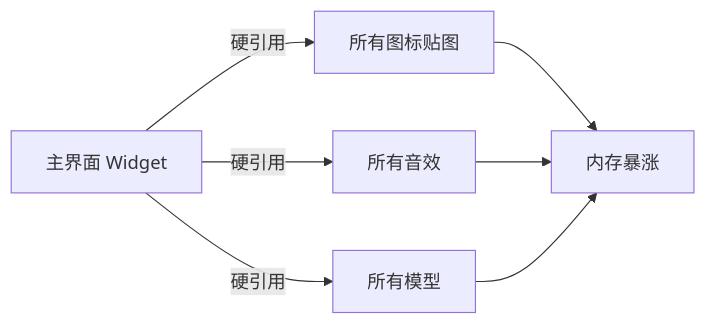
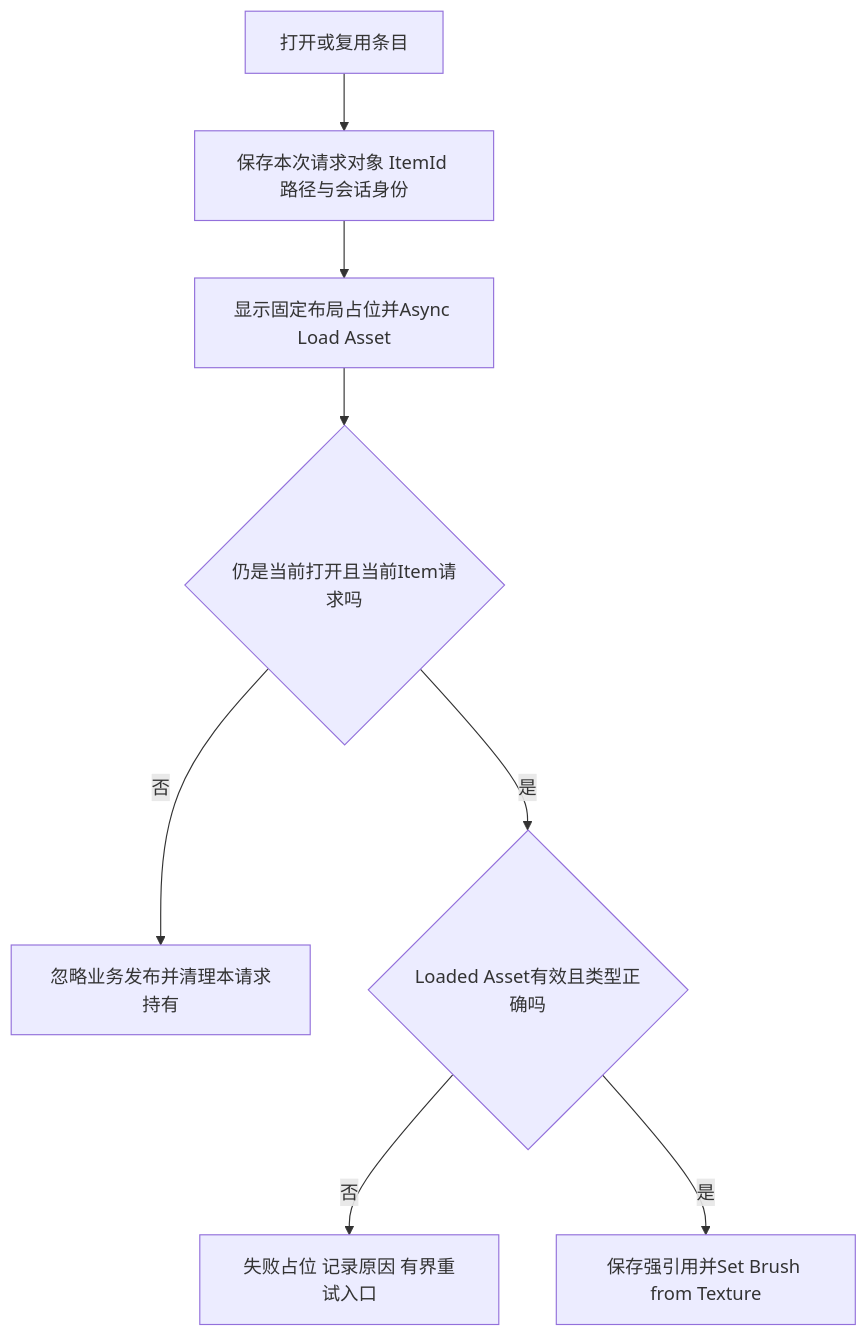
The fifth of 6 diagrams in 知识/08-工程实践与质量/调试与性能分析/04-渲染与加载性能优化.md (fantuan812/learning), drawn with Mermaid before and after one commit. The commit also changed other lines of this file and 1 other file, not shown here.

````diff
--- a/知识/08-工程实践与质量/调试与性能分析/04-渲染与加载性能优化.md
+++ b/知识/08-工程实践与质量/调试与性能分析/04-渲染与加载性能优化.md
@@ -226,9 +540,10 @@
 ```mermaid
-flowchart LR
-    A[主界面 Widget] -->|硬引用| B[所有图标贴图]
-    A -->|硬引用| C[所有音效]
-    A -->|硬引用| D[所有模型]
-    B --> E[内存暴涨]
-    C --> E
-    D --> E
+flowchart TD
+    A[打开或复用条目] --> B[保存本次请求对象 ItemId 路径与会话身份]
+    B --> C[显示固定布局占位并Async Load Asset]
+    C --> D{仍是当前打开且当前Item请求吗}
+    D -->|否| E[忽略业务发布并清理本请求持有]
+    D -->|是| F{Loaded Asset有效且类型正确吗}
+    F -->|否| G[失败占位 记录原因 有界重试入口]
+    F -->|是| H[保存强引用并Set Brush from Texture]
 ```
````
